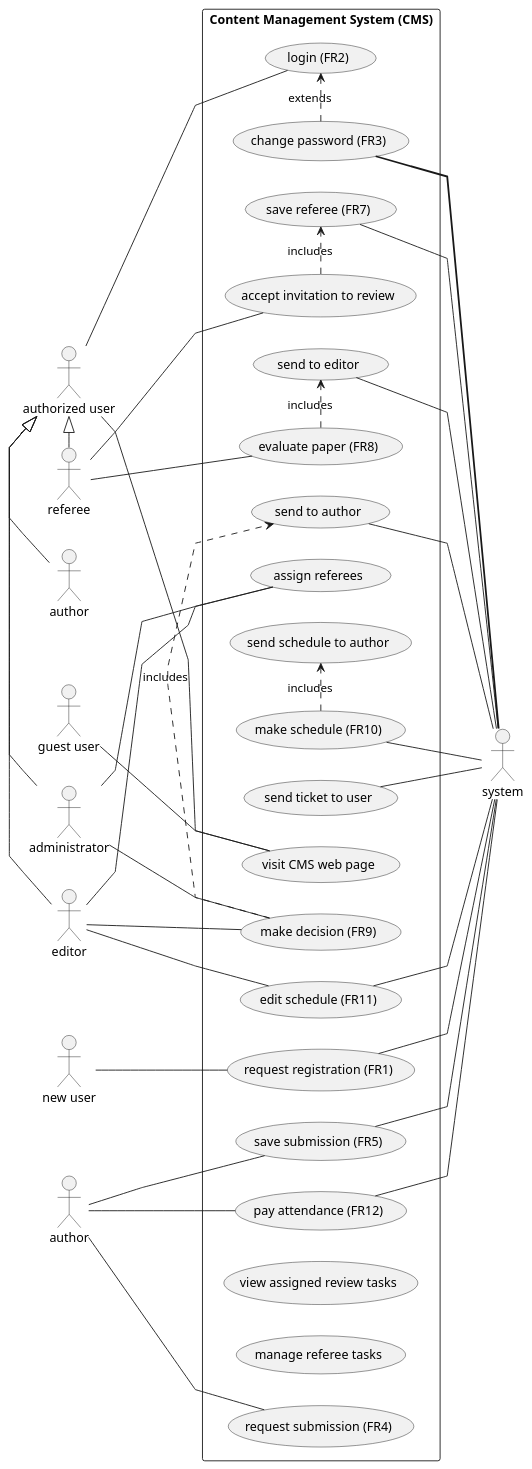
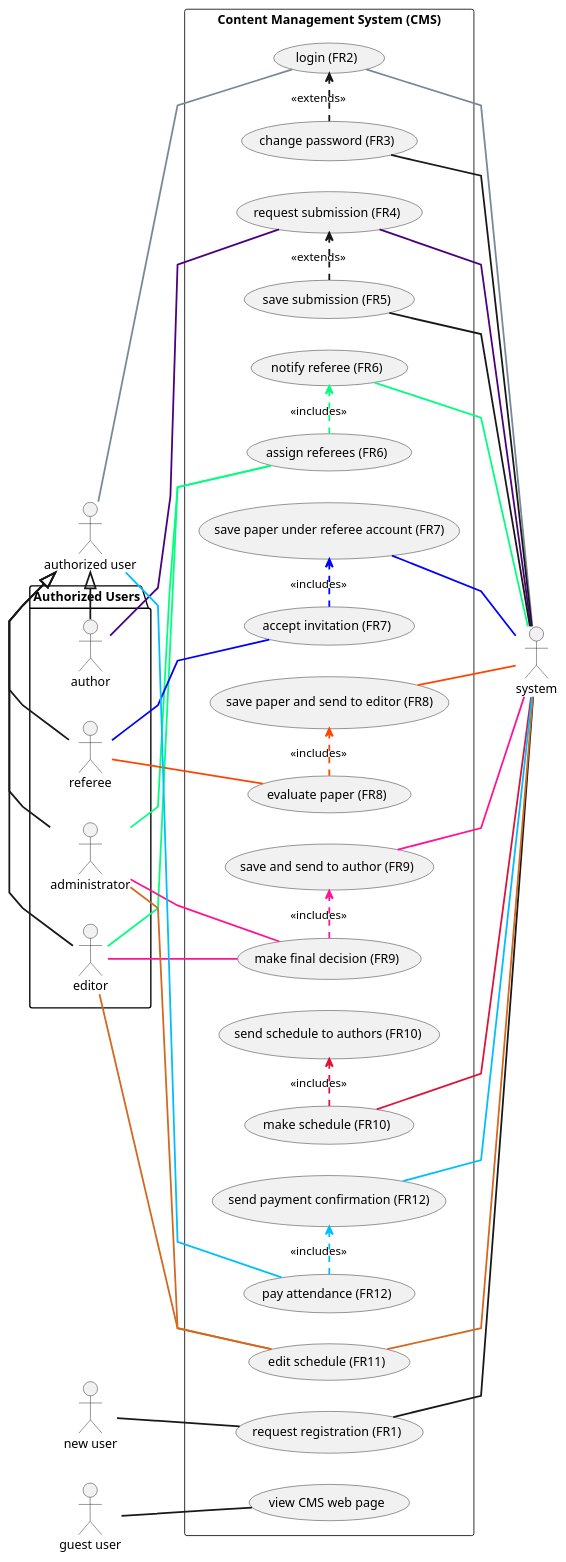
One commit to Arunscape/ECE493 changed the diagram in lab/lab2/usecase.puml. Above: the diagram before and after it, drawn with PlantUML. The commit also changed 5 other files, not shown here.

Commit message:
I'm calling this use case diagram done

```diff
--- a/lab/lab2/usecase.puml
+++ b/lab/lab2/usecase.puml
@@ -1,102 +1,126 @@
 @startuml
 left to right direction
 skinparam linetype  polyline
+'scale 2
+'scale 1080 width
+skinparam arrowThickness 2
+
 actor "new user" as nu
 actor "authorized user" as auth
-actor administrator as ad
-actor editor as ed
-actor referee as ref
-actor author as au
+
+package "Authorized Users" {
+  actor administrator as ad
+  actor editor as ed
+  actor referee as ref
+  actor author as au
+  ad -left-|> auth
+  ed -left-|> auth
+  ref -left-|> auth
+  au -left-|> auth
+}
+
 actor system as sys
 
 
-ad -left-|> auth
-ed -left-|> auth
-ref -left-|> auth
-author -left-|> auth
 
 actor "guest user" as gu
 rectangle "Content Management System (CMS)" {
   usecase "request registration (FR1)" as rr
+
   usecase "login (FR2)" as login
+
   usecase "change password (FR3)" as cp
-  usecase "request submission (FR4)" as submit
+
+  usecase "request submission (FR4)" as requestsubmit
+
   usecase "save submission (FR5)" as ss
+
   usecase "assign referees (FR6)" as ar
-  usecase "save referee (FR7)" as sr
+  usecase "notify referee (FR6)" as notifyref
+
+  usecase "accept invitation (FR7)" as acceptin
+  usecase "save paper under referee account (FR7)" as saveref
+
   usecase "evaluate paper (FR8)" as ep
-  usecase "make decision (FR9)" as md
+  usecase "save paper and send to editor (FR8)" as sendeditor
+
+  usecase "make final decision (FR9)" as md
+  usecase "save and send to author (FR9)" as senddecauthor
+
   usecase "make schedule (FR10)" as ms
+  usecase "send schedule to authors (FR10)" as sendschedauth
+
   usecase "edit schedule (FR11)" as es
+
   usecase "pay attendance (FR12)" as pay
+  usecase "send payment confirmation (FR12)" as payconf
 
 
-  usecase "visit CMS web page" as v
-  usecase "view assigned review tasks" as vart
-  usecase "manage referee tasks" as manage
-  usecase "assign referees" as ar
-  usecase "accept invitation to review" as air
-  usecase "send to editor" as ste
-  usecase "send to author" as sta
-  usecase "send schedule to author" as ssta
-  usecase "send ticket to user" as st
+  usecase "view CMS web page" as viewpage
+
+
 }
 
+'should have more than 12 use cases (some functional requrements may have more than one use case)'
 
 '1'
 nu -- rr
 rr -- sys
 
 '2'
-auth -- login
+auth -[#lightslategrey]- login
+login -[#lightslategrey]- sys
 
 '3'
-cp .> login : extends
-cp -= sys
+cp .> login : <<extends>>
+cp -- sys
 
 '4'
-au -- submit
+'this one should be complete'
+au -[#indigo]- requestsubmit
+requestsubmit -[#indigo]- sys
 
 '5'
-au -- ss
+ss .> requestsubmit : <<extends>>
 ss -- sys
 
 '6'
-ed -- ar
-ad -- ar
+ed -[#springgreen]- ar
+ad -[#springgreen]- ar
+ar .[#springgreen]> notifyref : <<includes>>
+notifyref -[#springgreen]- sys
 
 '7'
-ref -- air
-air .> sr : includes
-sr -- sys
+ref -[#blue]- acceptin
+acceptin .[#blue]> saveref : <<includes>>
+saveref -[#blue]- sys
 
 '8'
-ref -- ep
-ep .> ste : includes
-ste -- sys
+ref -[#orangered]- ep
+ep .[#orangered]> sendeditor : <<includes>>
+sendeditor -[#orangered]- sys
 
 '9'
-ed -- md
-ad -- md
-md .> sta : includes
-sta -- sys
-
+ed -[#deeppink]- md
+ad -[#deeppink]- md
+md .[#deeppink]> senddecauthor : <<includes>>
+senddecauthor -[#deeppink]- sys
 
 '10'
-ms -- sys
-ms .> ssta : includes
+ms -[#crimson]- sys
+ms .[#crimson]> sendschedauth : <<includes>>
 
 '11'
-ed -- es
-es -- sys
+ed -[#chocolate]- es
+ad -[#chocolate]- es
+es -[#chocolate]- sys
 
 '12'
-au -- pay
-pay -- sys
-sys -- st
+auth -[#deepskyblue]- pay
+pay .[#deepskyblue]> payconf : <<includes>>
+payconf -[#deepskyblue]- sys
 
-
-auth -- v
-gu -- v
+'other'
+gu -- viewpage
 
 @enduml
```
